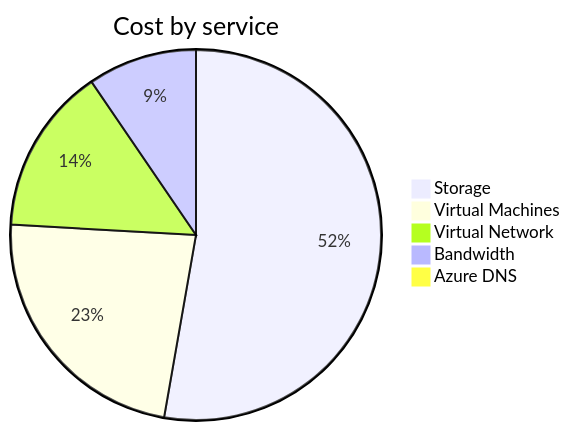
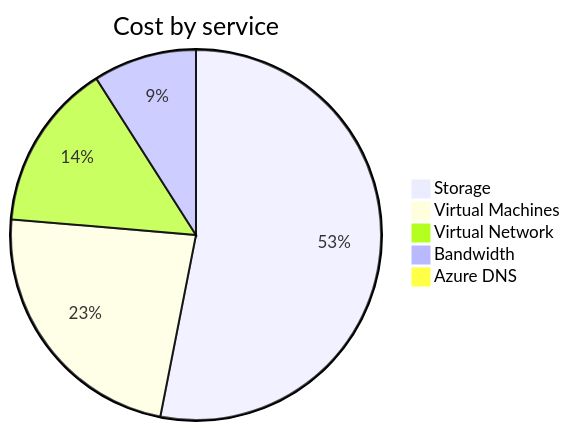
One commit to jpfulton/azure-personal-reports changed the second of 4 diagrams in cost-reports/personal-network/README.md. Above: the diagram before and after it, drawn with Mermaid. The commit also changed other lines of this file and 8 other files, not shown here.

````diff
--- a/cost-reports/personal-network/README.md
+++ b/cost-reports/personal-network/README.md
@@ -97,9 +97,9 @@
 ```mermaid
 pie
    title Cost by service
-   "Storage" : 14.73
-   "Virtual Machines" : 6.46
-   "Virtual Network" : 4.07
+   "Storage" : 15.64
+   "Virtual Machines" : 6.85
+   "Virtual Network" : 4.31
    "Bandwidth" : 2.66
-   "Azure DNS" : 0.27
+   "Azure DNS" : 0.29
 ```
````
